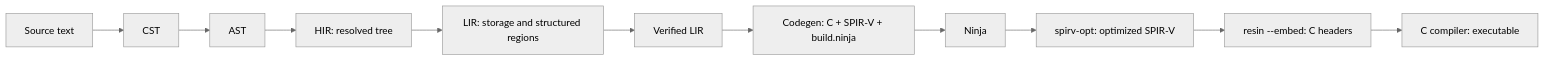
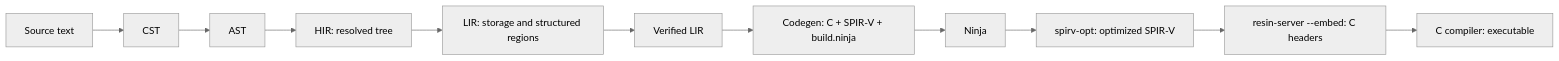
Before and after one commit to tsnl/resin: the diagram in doc/architecture.md, drawn with Mermaid (neutral theme). The commit also changed other lines of this file and 116 other files, not shown here.

````diff
--- a/doc/architecture.md
+++ b/doc/architecture.md
@@ -35,13 +37,13 @@
 ```mermaid
 flowchart LR
     text[Source text] --> cst[CST]
     cst --> ast[AST]
     ast --> hir[HIR: resolved tree]
     hir --> lir[LIR: storage and structured regions]
     lir --> verified[Verified LIR]
     verified --> project[Codegen: C + SPIR-V + build.ninja]
     project --> ninja[Ninja]
     ninja --> spirv[spirv-opt: optimized SPIR-V]
-    spirv --> headers[resin --embed: C headers]
+    spirv --> headers[resin-server --embed: C headers]
     headers --> executable[C compiler: executable]
 ```
````
